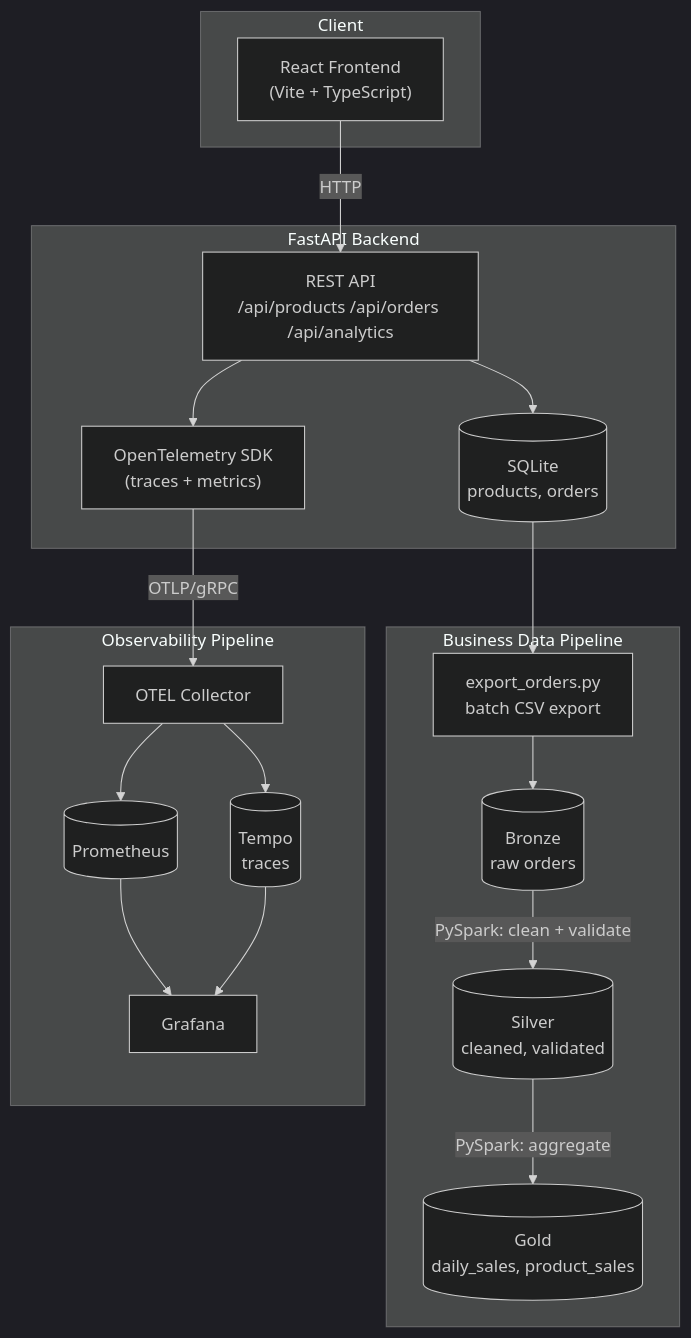
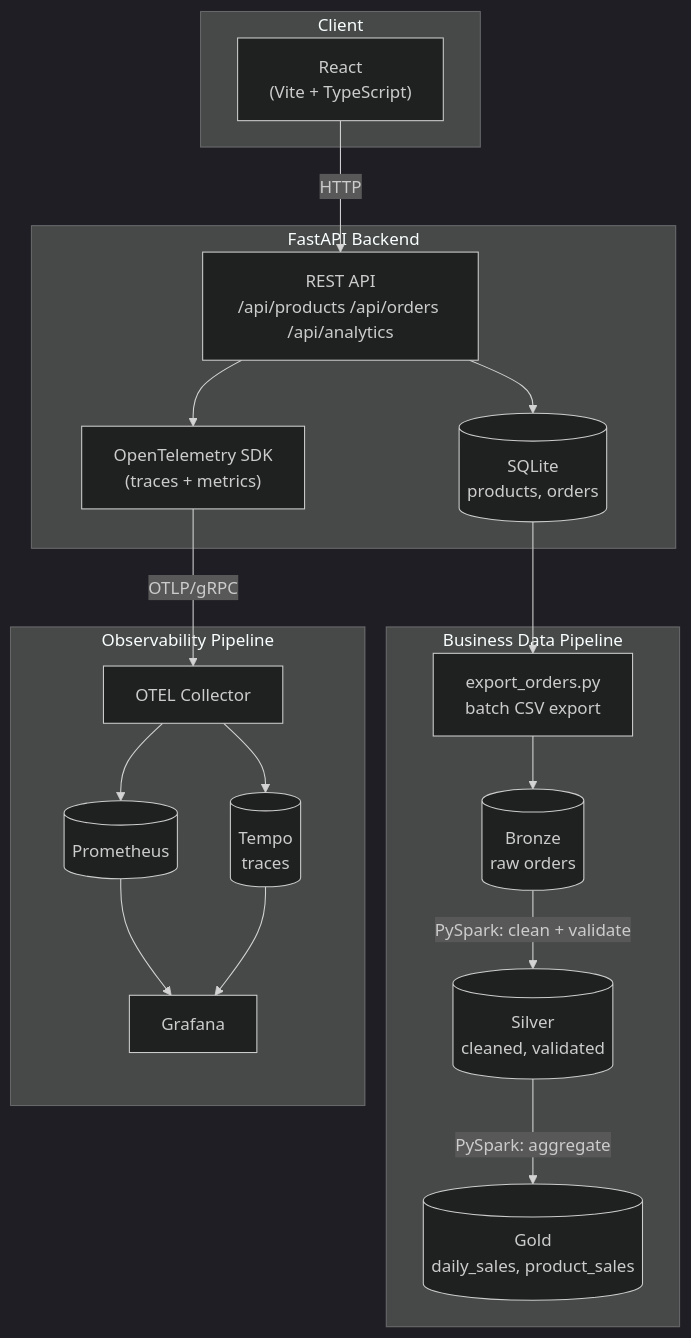
Before and after one commit to yvt-ee/ecommerce-observability-platform: the first of 4 diagrams in README.md, drawn with Mermaid (dark theme).

````diff
--- a/README.md
+++ b/README.md
@@ -24,40 +24,40 @@
 ```mermaid
 flowchart TB
     subgraph Client
-        FE["React Frontend<br/>(Vite + TypeScript)"]
+        FE["React<br/>(Vite + TypeScript)"]
     end
 
     subgraph API["FastAPI Backend"]
         REST["REST API<br/>/api/products /api/orders /api/analytics"]
         SQLITE[("SQLite<br/>products, orders")]
         OTEL["OpenTelemetry SDK<br/>(traces + metrics)"]
     end
 
     subgraph DataPipeline["Business Data Pipeline"]
         EXPORT["export_orders.py<br/>batch CSV export"]
         BRONZE[("Bronze<br/>raw orders")]
         SILVER[("Silver<br/>cleaned, validated")]
         GOLD[("Gold<br/>daily_sales, product_sales")]
     end
 
     subgraph ObsPipeline["Observability Pipeline"]
         COLLECTOR["OTEL Collector"]
         PROM[("Prometheus")]
         TEMPO[("Tempo<br/>traces")]
         GRAFANA["Grafana"]
     end
 
     FE -- "HTTP" --> REST
     REST --> SQLITE
     REST --> OTEL
     SQLITE --> EXPORT
     EXPORT --> BRONZE
     BRONZE -- "PySpark: clean + validate" --> SILVER
     SILVER -- "PySpark: aggregate" --> GOLD
 
     OTEL -- "OTLP/gRPC" --> COLLECTOR
     COLLECTOR --> PROM
     COLLECTOR --> TEMPO
     PROM --> GRAFANA
     TEMPO --> GRAFANA
 ```
````
